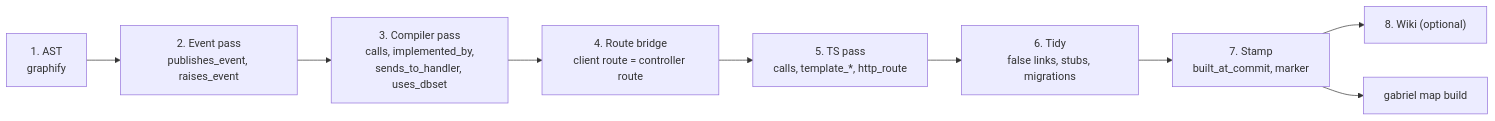
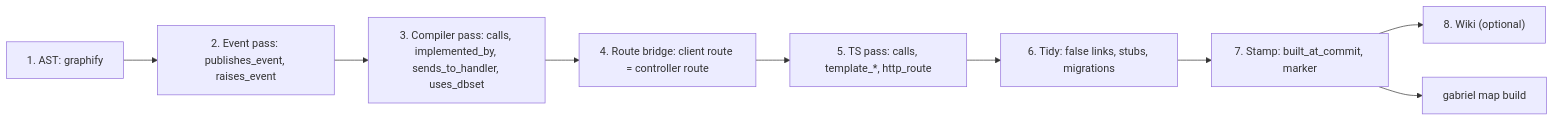
The diagram in docs/GRAPH-ENHANCEMENT.md (ThanhNVan/gabriel-plugin), drawn with Mermaid before and after one commit. The commit also changed 14 other files, not shown here.

````diff
--- a/docs/GRAPH-ENHANCEMENT.md
+++ b/docs/GRAPH-ENHANCEMENT.md
@@ -26,11 +26,11 @@
 ```mermaid
 flowchart LR
-  A["1. AST<br/>graphify"] --> B["2. Event pass<br/>publishes_event, raises_event"]
-  B --> C["3. Compiler pass<br/>calls, implemented_by,<br/>sends_to_handler, uses_dbset"]
-  C --> D["4. Route bridge<br/>client route = controller route"]
-  D --> E["5. TS pass<br/>calls, template_*, http_route"]
-  E --> F["6. Tidy<br/>false links, stubs, migrations"]
-  F --> G["7. Stamp<br/>built_at_commit, marker"]
+  A["1. AST: graphify"] --> B["2. Event pass: publishes_event, raises_event"]
+  B --> C["3. Compiler pass: calls, implemented_by, sends_to_handler, uses_dbset"]
+  C --> D["4. Route bridge: client route = controller route"]
+  D --> E["5. TS pass: calls, template_*, http_route"]
+  E --> F["6. Tidy: false links, stubs, migrations"]
+  F --> G["7. Stamp: built_at_commit, marker"]
   G --> H["8. Wiki (optional)"]
   G --> I["gabriel map build"]
 ```
````
